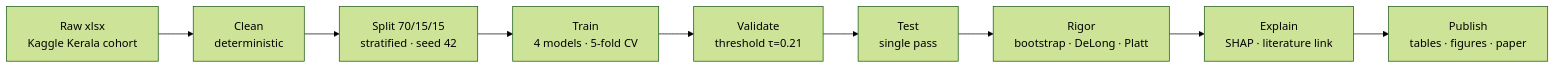
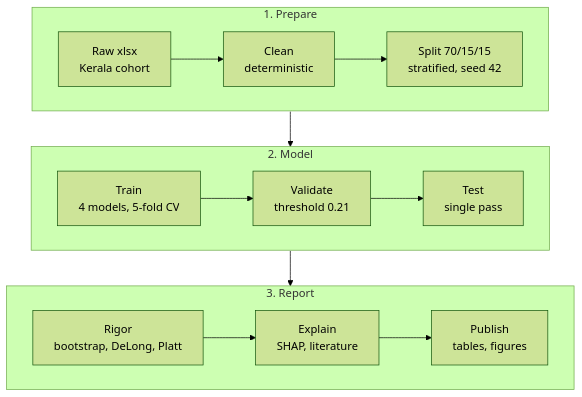
One commit to cyberstuck3/HormoBench-PCOS changed the first of 2 diagrams in README.md. Above: the diagram before and after it, drawn with Mermaid (forest theme). The commit also changed other lines of this file, not shown here.

Commit message:
Fix clipped Mermaid diagrams in README
Pipeline diagram split into three rows so it no longer shrinks to an
unreadable strip; both diagrams use SVG labels (htmlLabels: false) and
plain ASCII text so GitHub sizes the boxes correctly.

````diff
--- a/README.md
+++ b/README.md
@@ -64,11 +64,17 @@
 ```mermaid
-flowchart LR
-    A[Raw xlsx<br/>Kaggle Kerala cohort] --> B[Clean<br/>deterministic]
-    B --> C[Split 70/15/15<br/>stratified · seed 42]
-    C --> D[Train<br/>4 models · 5-fold CV]
-    D --> E[Validate<br/>threshold τ=0.21]
-    E --> F[Test<br/>single pass]
-    F --> G[Rigor<br/>bootstrap · DeLong · Platt]
-    G --> H[Explain<br/>SHAP · literature link]
-    H --> I[Publish<br/>tables · figures · paper]
+%%{init: {"flowchart": {"htmlLabels": false}}}%%
+flowchart TB
+    subgraph prep ["1. Prepare"]
+        direction LR
+        A["Raw xlsx<br/>Kerala cohort"] --> B["Clean<br/>deterministic"] --> C["Split 70/15/15<br/>stratified, seed 42"]
+    end
+    subgraph model ["2. Model"]
+        direction LR
+        D["Train<br/>4 models, 5-fold CV"] --> E["Validate<br/>threshold 0.21"] --> F["Test<br/>single pass"]
+    end
+    subgraph report ["3. Report"]
+        direction LR
+        G["Rigor<br/>bootstrap, DeLong, Platt"] --> H["Explain<br/>SHAP, literature"] --> I["Publish<br/>tables, figures"]
+    end
+    prep --> model --> report
 ```
````
